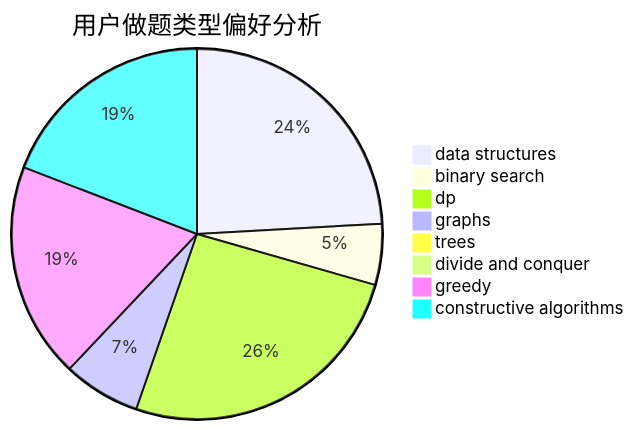
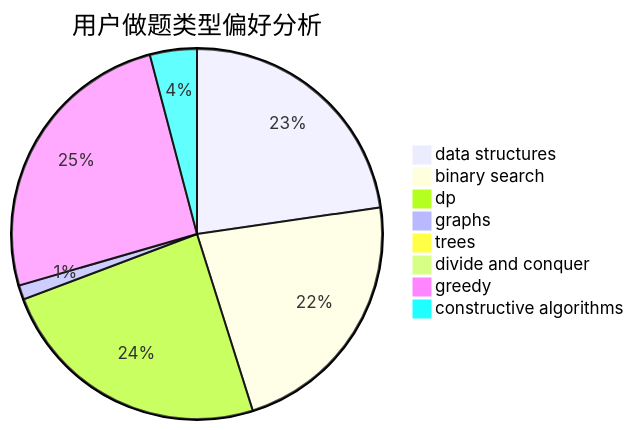
The second of 3 diagrams in docs/user/u2351.md (sherpahu/cfrs.github.io), drawn with Mermaid before and after one commit. The commit also changed other lines of this file and 2770 other files, not shown here.

````diff
--- a/docs/user/u2351.md
+++ b/docs/user/u2351.md
@@ -23,11 +23,11 @@
 ```mermaid
 pie title 用户做题类型偏好分析
-    "data structures" :  68
-    "binary search" :  15
-    "dp" :  73
-    "graphs" :  19
-    "trees" :  0
-    "divide and conquer" :  0
-    "greedy" :  53
-    "constructive algorithms" :  54
+    "data structures" :  399
+    "binary search" :  394
+    "dp" :  424
+    "graphs" :  22
+    "trees" :  2
+    "divide and conquer" :  1
+    "greedy" :  446
+    "constructive algorithms" :  72
 ```
````
